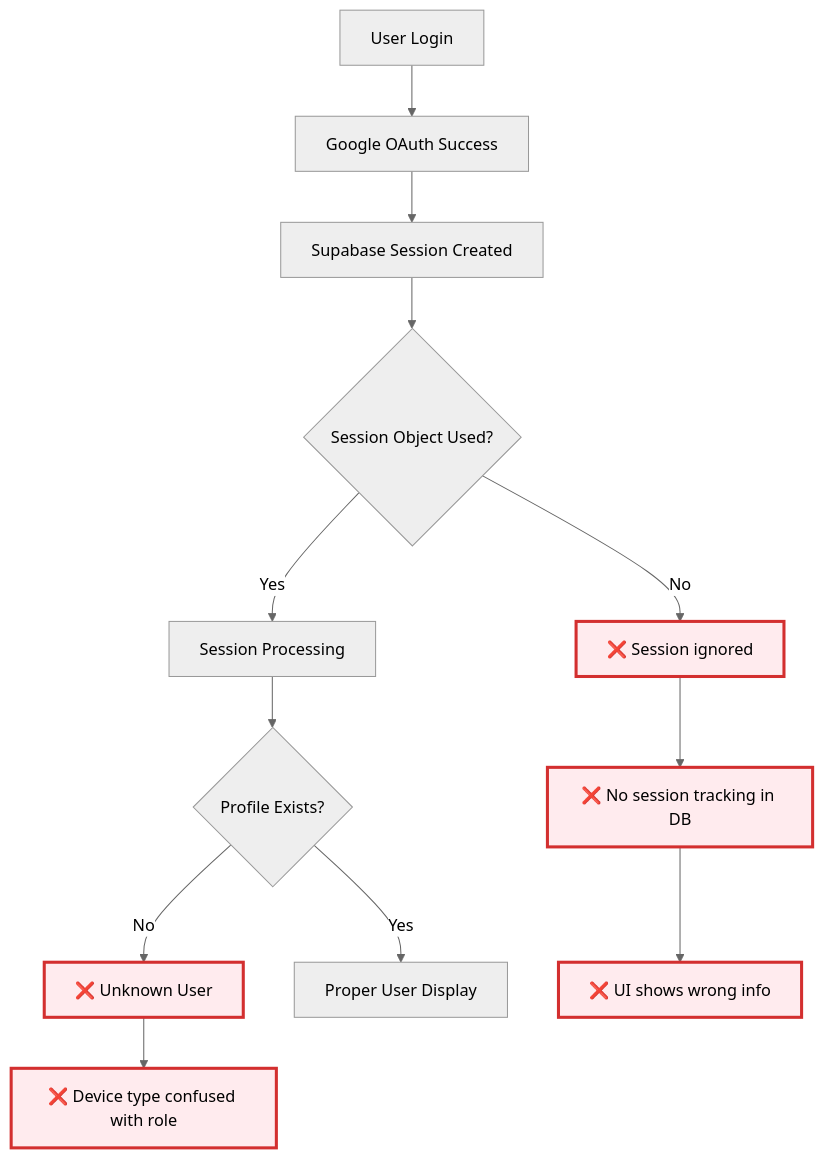
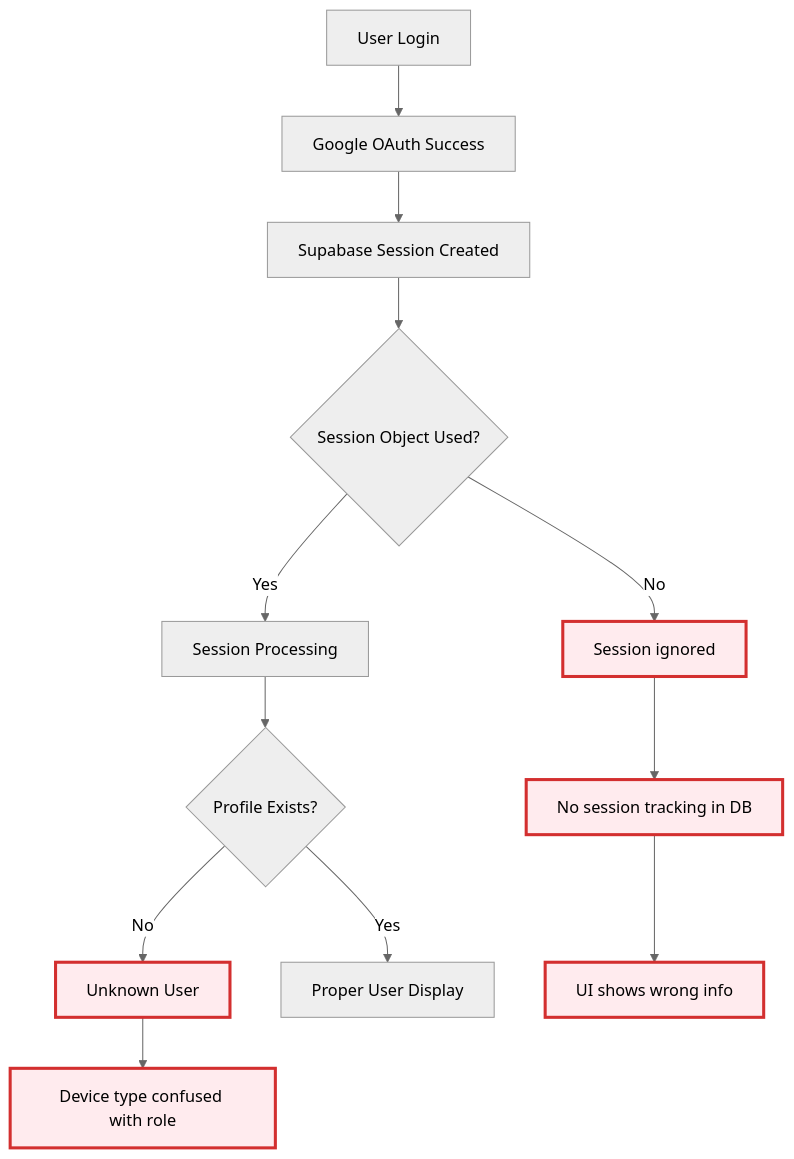
The first of 7 diagrams in Docs/Flowcharts/Current-State/04-current-session-management.md (Splurfa/bx-os), drawn with Mermaid (neutral theme) before and after one commit. The commit also changed other lines of this file and 12 other files, not shown here.

First line of the commit message:
Fix flowchart syntax and numbering

````diff
--- a/Docs/Flowcharts/Current-State/04-current-session-management.md
+++ b/Docs/Flowcharts/Current-State/04-current-session-management.md
@@ -7,22 +7,22 @@
 ```mermaid
 flowchart TD
     A[User Login] --> B[Google OAuth Success]
     B --> C[Supabase Session Created]
     C --> D{Session Object Used?}
-    D -->|No| E[❌ Session ignored]
+    D -->|No| E[Session ignored]
     D -->|Yes| F[Session Processing]
     
-    E --> G[❌ No session tracking in DB]
+    E --> G[No session tracking in DB]
     F --> H{Profile Exists?}
-    H -->|No| I[❌ Unknown User]
+    H -->|No| I[Unknown User]
     H -->|Yes| J[Proper User Display]
     
-    G --> K[❌ UI shows wrong info]
-    I --> L[❌ Device type confused with role]
+    G --> K[UI shows wrong info]
+    I --> L[Device type confused with role]
     
     style E fill:#ffebee,stroke:#d32f2f,stroke-width:3px
     style G fill:#ffebee,stroke:#d32f2f,stroke-width:3px
     style I fill:#ffebee,stroke:#d32f2f,stroke-width:3px
     style K fill:#ffebee,stroke:#d32f2f,stroke-width:3px
     style L fill:#ffebee,stroke:#d32f2f,stroke-width:3px
 ```
````
